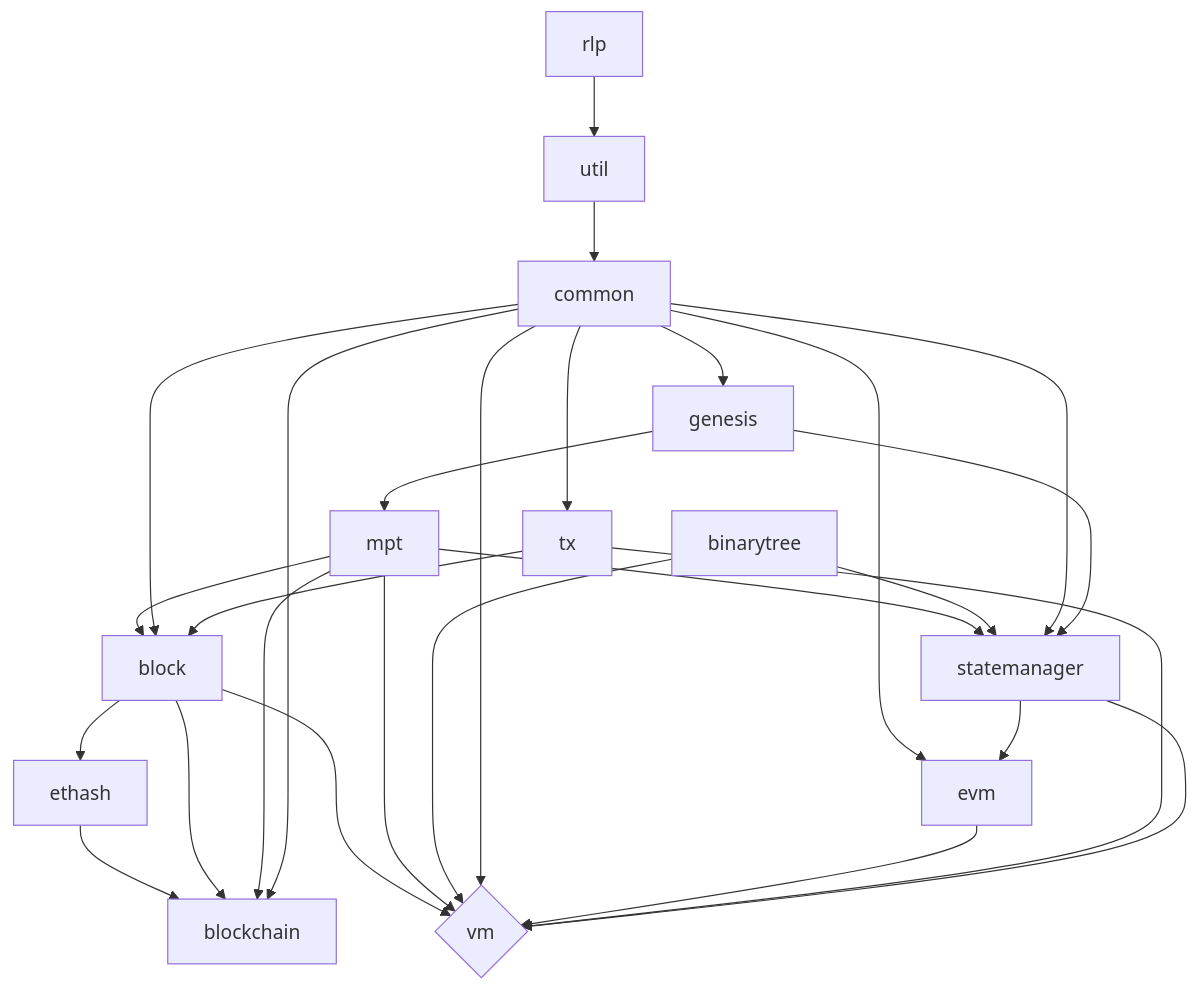
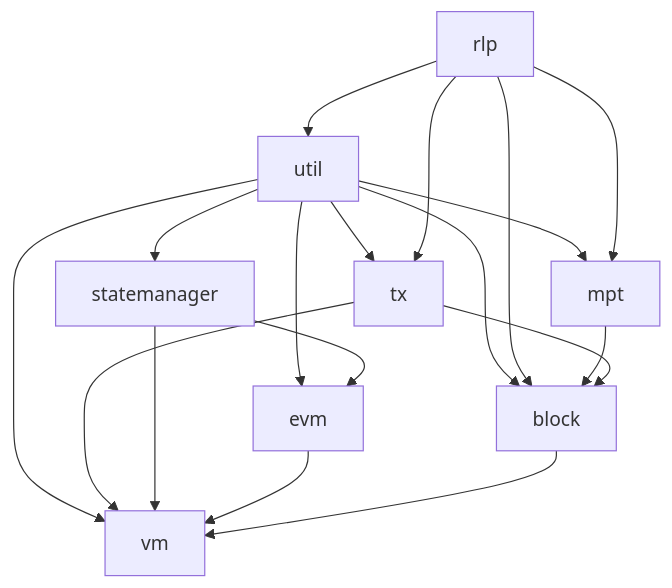
Before and after one commit to adamtka42/qrljs-monorepo: the diagram in README.md, drawn with Mermaid. The commit also changed other lines of this file and 268 other files, not shown here.

````diff
--- a/README.md
+++ b/README.md
@@ -109,30 +70,20 @@
 ```mermaid
- graph TD
-   vm{vm}
-   ethash --> blockchain
-   block --> blockchain
-   block --> ethash
-   block --> vm
-   mpt --> vm
-   mpt --> blockchain
-   mpt --> block
-   mpt --> statemanager
-   binarytree --> vm
-   binarytree --> statemanager
-   util --> common
-   common --> block
-   common --> statemanager
-   common --> tx
-   common --> blockchain
-   common --> vm
-   common --> evm
-   common --> genesis
-   evm --> vm
-   genesis --> statemanager
-   genesis --> mpt
-   tx --> block
-   tx --> vm
-   rlp --> util
-   statemanager --> evm
-   statemanager --> vm
+graph TD
+  rlp --> util
+  util --> mpt
+  util --> tx
+  util --> block
+  util --> statemanager
+  util --> evm
+  util --> vm
+  rlp --> mpt
+  rlp --> tx
+  rlp --> block
+  mpt --> block
+  tx --> block
+  tx --> vm
+  statemanager --> evm
+  statemanager --> vm
+  evm --> vm
+  block --> vm
 ```
````
